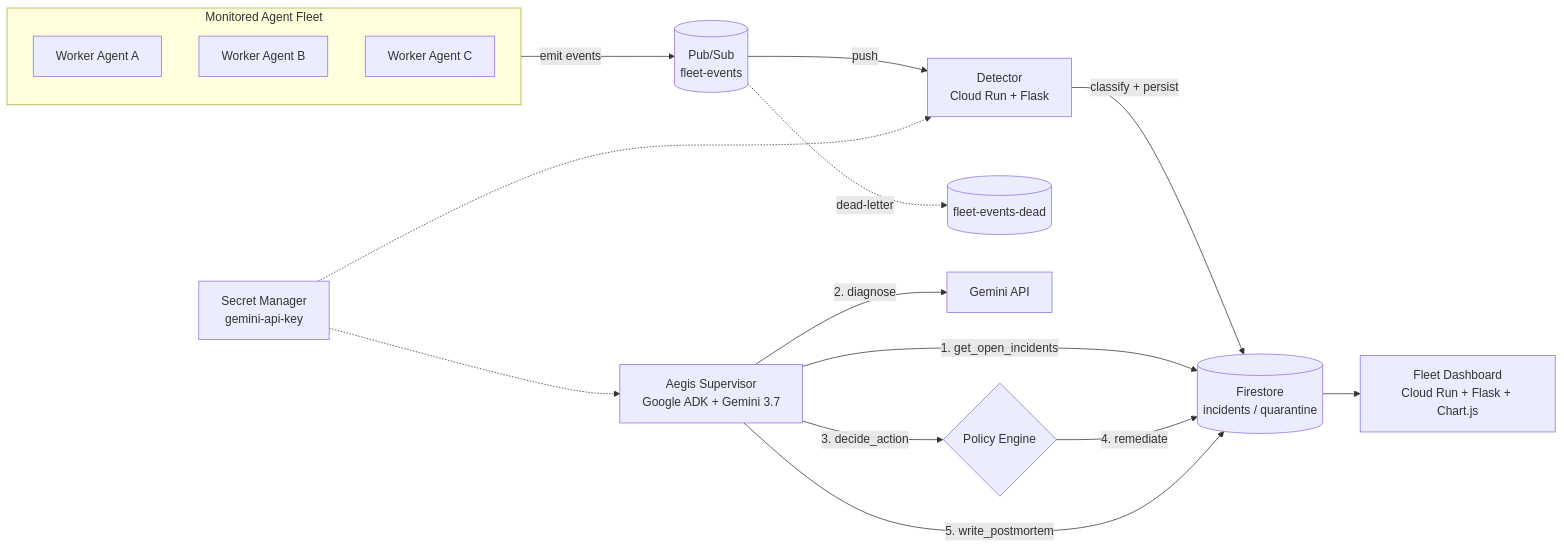
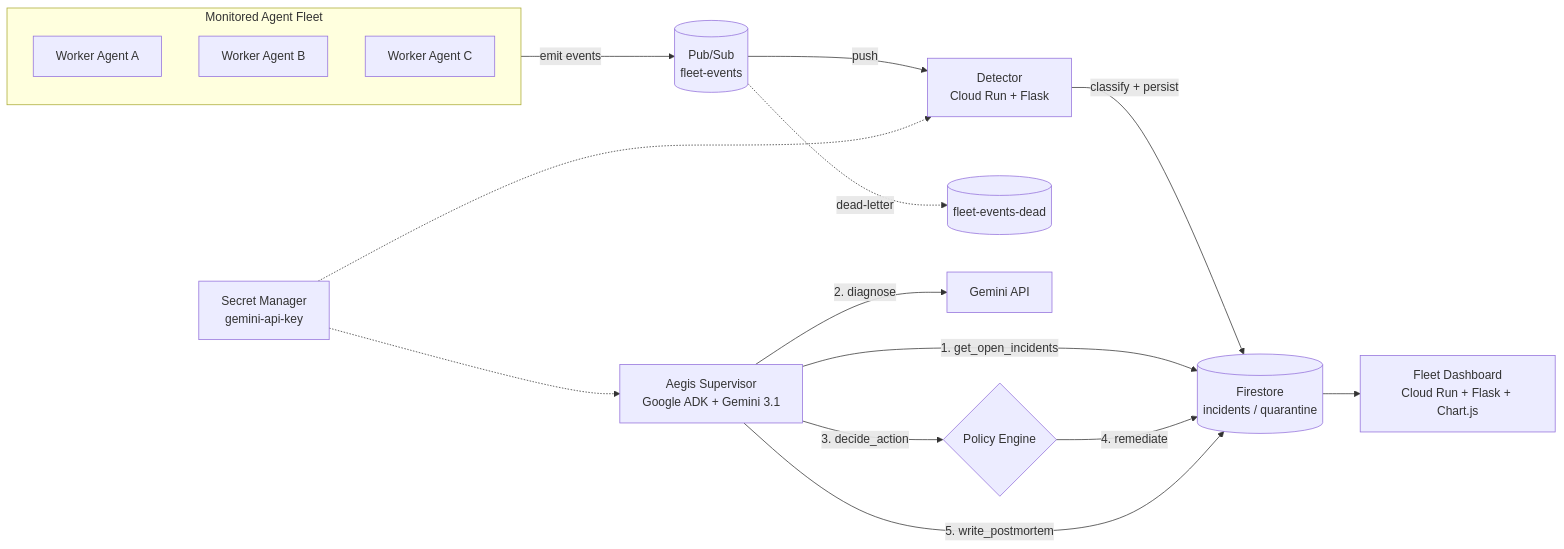
Before and after one commit to maazmdx/aegis-agent: the first of 3 diagrams in README.md, drawn with Mermaid. The commit also changed other lines of this file and 7 other files, not shown here.

````diff
--- a/README.md
+++ b/README.md
@@ -29,21 +29,21 @@
 ```mermaid
 flowchart LR
     subgraph Fleet["Monitored Agent Fleet"]
       A1[Worker Agent A]
       A2[Worker Agent B]
       A3[Worker Agent C]
     end
     Fleet -->|emit events| PS[(Pub/Sub<br/>fleet-events)]
     PS -->|push| DET[Detector<br/>Cloud Run + Flask]
     PS -.dead-letter.-> DLQ[(fleet-events-dead)]
     DET -->|classify + persist| FS[(Firestore<br/>incidents / quarantine)]
-    SUP[Aegis Supervisor<br/>Google ADK + Gemini 3.7]
+    SUP[Aegis Supervisor<br/>Google ADK + Gemini 3.1]
     SUP -->|1. get_open_incidents| FS
     SUP -->|2. diagnose| GEM[Gemini API]
     SUP -->|3. decide_action| POL{Policy Engine}
     POL -->|4. remediate| FS
     SUP -->|5. write_postmortem| FS
     FS --> DASH[Fleet Dashboard<br/>Cloud Run + Flask + Chart.js]
     SEC[Secret Manager<br/>gemini-api-key] -.-> SUP
     SEC -.-> DET
 ```
````
